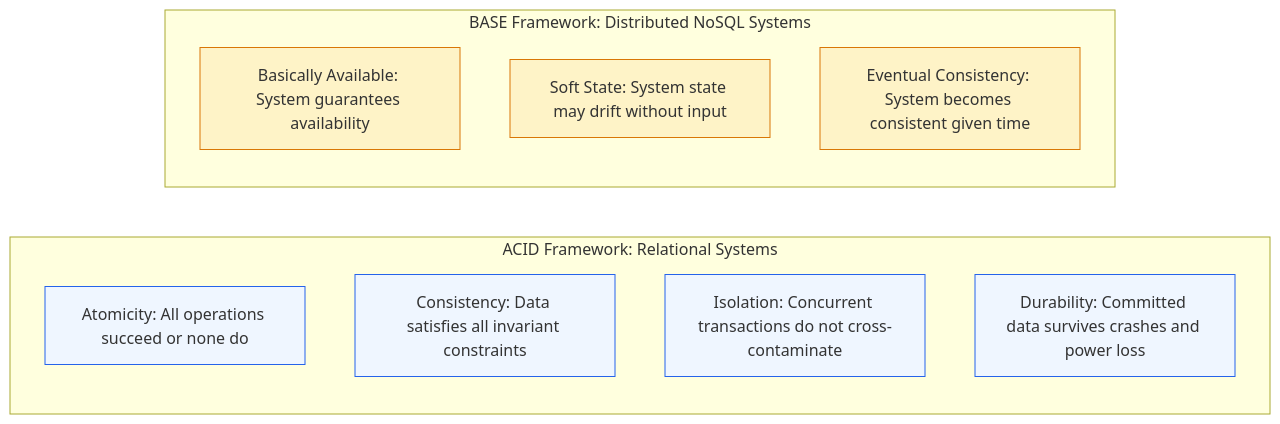
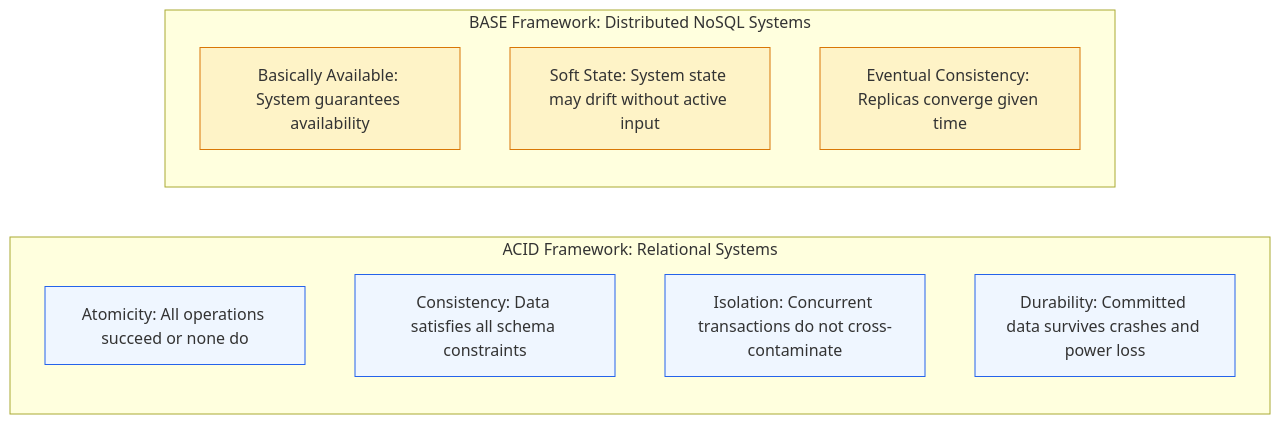
One commit to kvai9826/system-design-for-program-managers changed the first of 4 diagrams in 02-data-architecture/01-databases-sql-vs-nosql.md. Above: the diagram before and after it, drawn with Mermaid. The commit also changed other lines of this file and 30 other files, not shown here.

````diff
--- a/02-data-architecture/01-databases-sql-vs-nosql.md
+++ b/02-data-architecture/01-databases-sql-vs-nosql.md
@@ -11,20 +15,20 @@
 ```mermaid
 flowchart LR
     subgraph ACID [ACID Framework: Relational Systems]
         A[Atomicity: All operations succeed or none do]
-        C[Consistency: Data satisfies all invariant constraints]
+        C[Consistency: Data satisfies all schema constraints]
         I[Isolation: Concurrent transactions do not cross-contaminate]
         D[Durability: Committed data survives crashes and power loss]
     end
 
     subgraph BASE [BASE Framework: Distributed NoSQL Systems]
         BA[Basically Available: System guarantees availability]
-        S[Soft State: System state may drift without input]
-        E[Eventual Consistency: System becomes consistent given time]
+        S[Soft State: System state may drift without active input]
+        E[Eventual Consistency: Replicas converge given time]
     end
 
     classDef acidStyle fill:#eff6ff,stroke:#2563eb,stroke-width:1px;
     classDef baseStyle fill:#fef3c7,stroke:#d97706,stroke-width:1px;
     class A,C,I,D acidStyle;
     class BA,S,E baseStyle;
 ```
````
